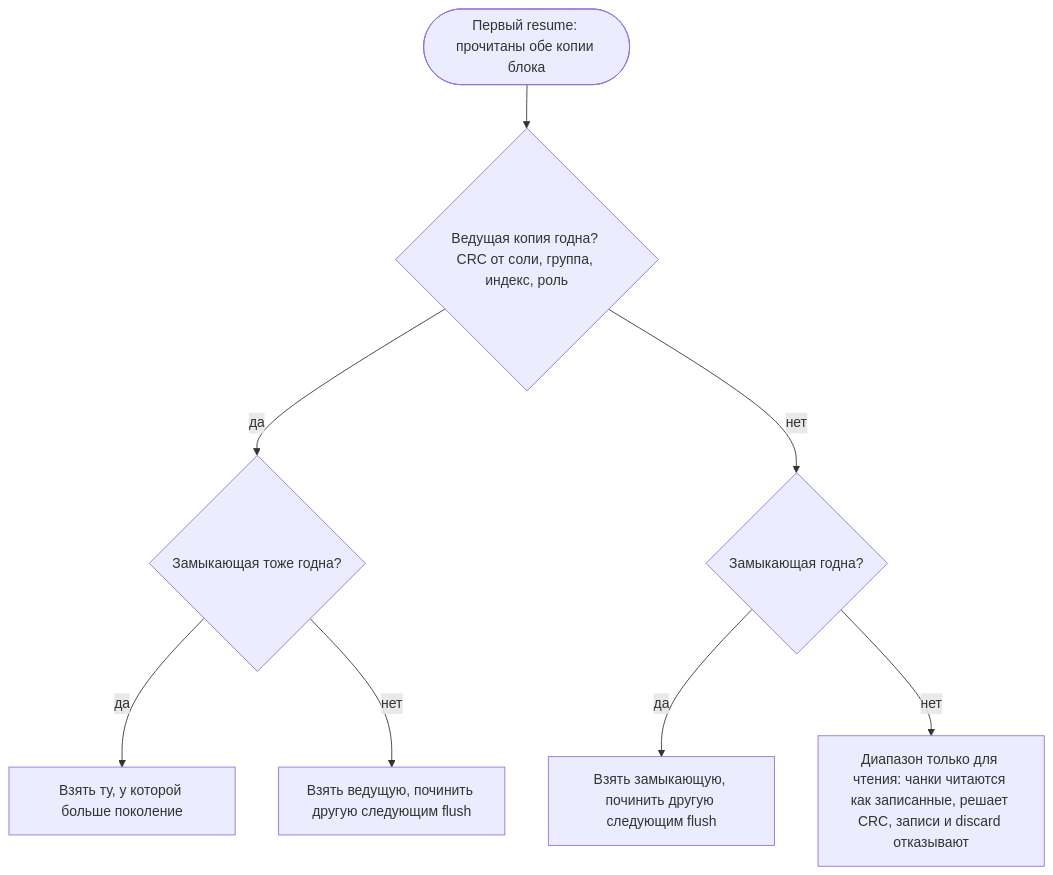
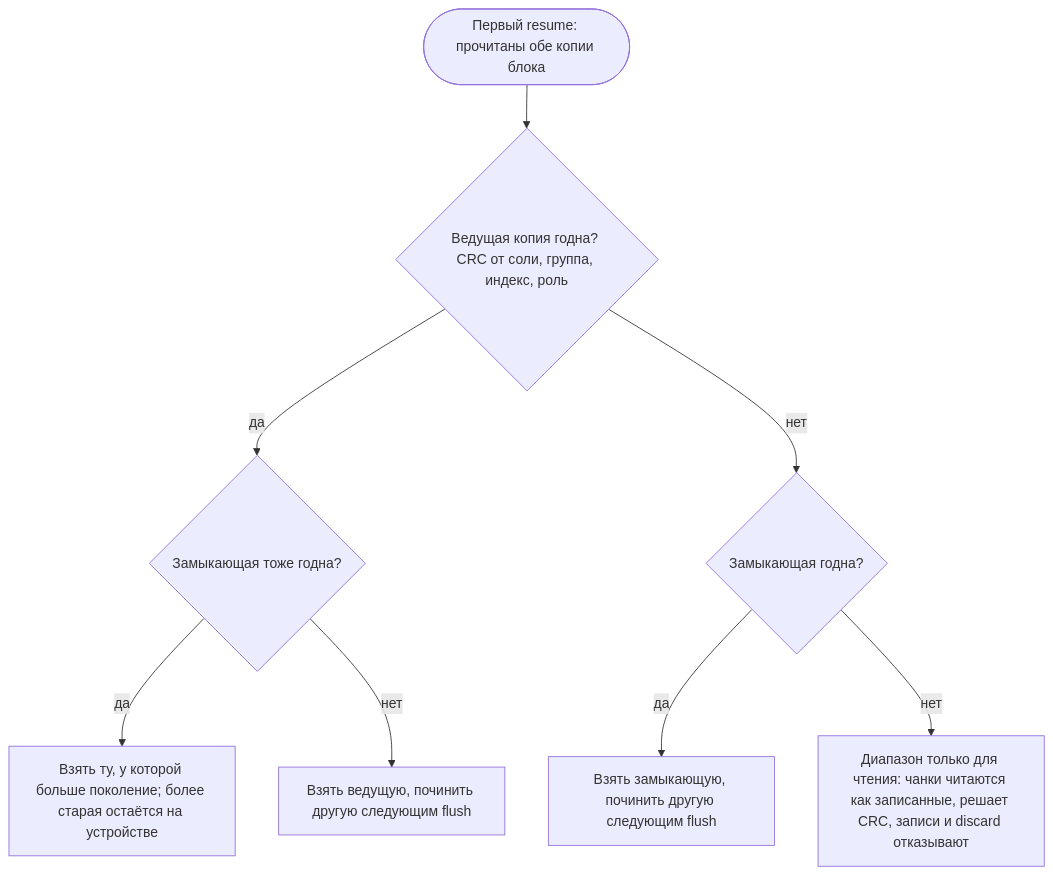
Before and after one commit to Dx-by-Dy/Automatic-Error-Correction-Driver: the tenth of 22 diagrams in docs/ru/DIAGRAMS.md, drawn with Mermaid. The commit also changed other lines of this file and 15 other files, not shown here.

````diff
--- a/docs/ru/DIAGRAMS.md
+++ b/docs/ru/DIAGRAMS.md
@@ -272,10 +283,10 @@
 ```mermaid
 flowchart TD
     start(["Первый resume: прочитаны обе копии блока"]) --> lv{"Ведущая копия годна? CRC от соли, группа, индекс, роль"}
     lv -- да --> both{"Замыкающая тоже годна?"}
     lv -- нет --> tv{"Замыкающая годна?"}
-    both -- да --> newer["Взять ту, у которой больше поколение"]
+    both -- да --> newer["Взять ту, у которой больше поколение; более старая остаётся на устройстве"]
     both -- нет --> single["Взять ведущую, починить другую следующим flush"]
     tv -- да --> single2["Взять замыкающую, починить другую следующим flush"]
     tv -- нет --> ro["Диапазон только для чтения: чанки читаются как записанные, решает CRC, записи и discard отказывают"]
 ```
````
